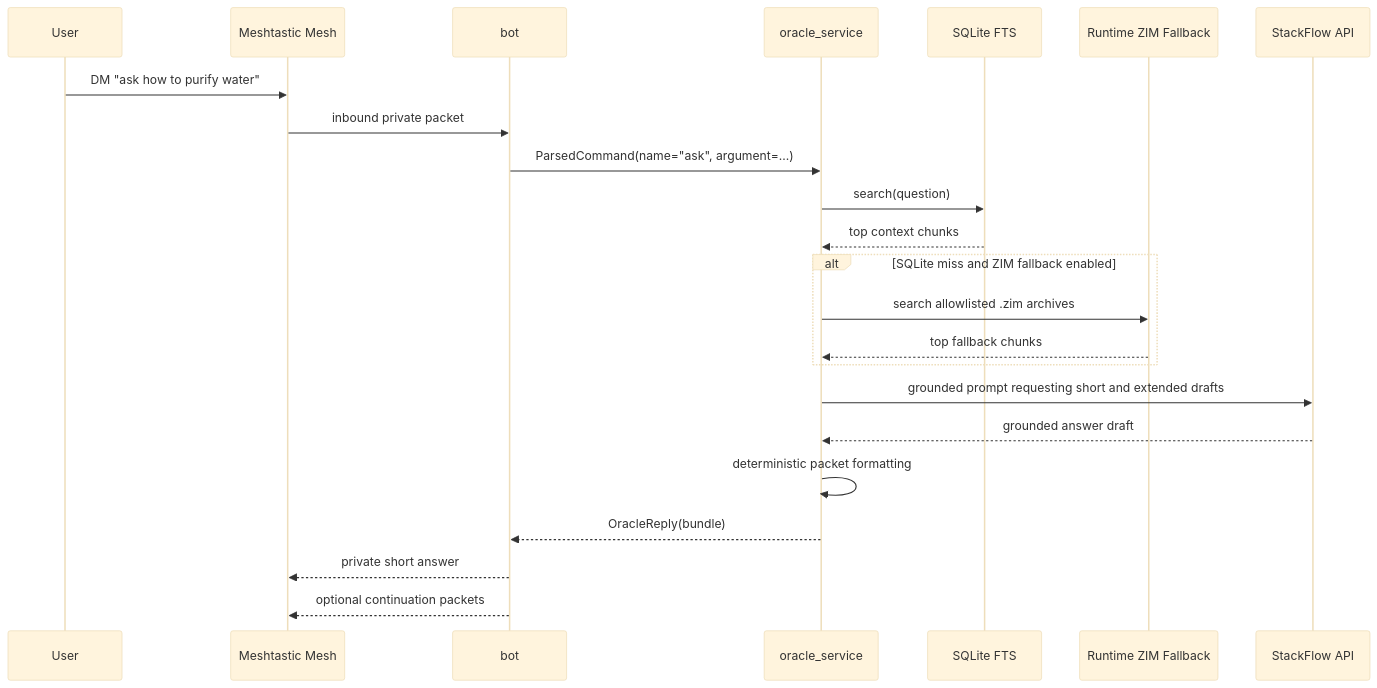
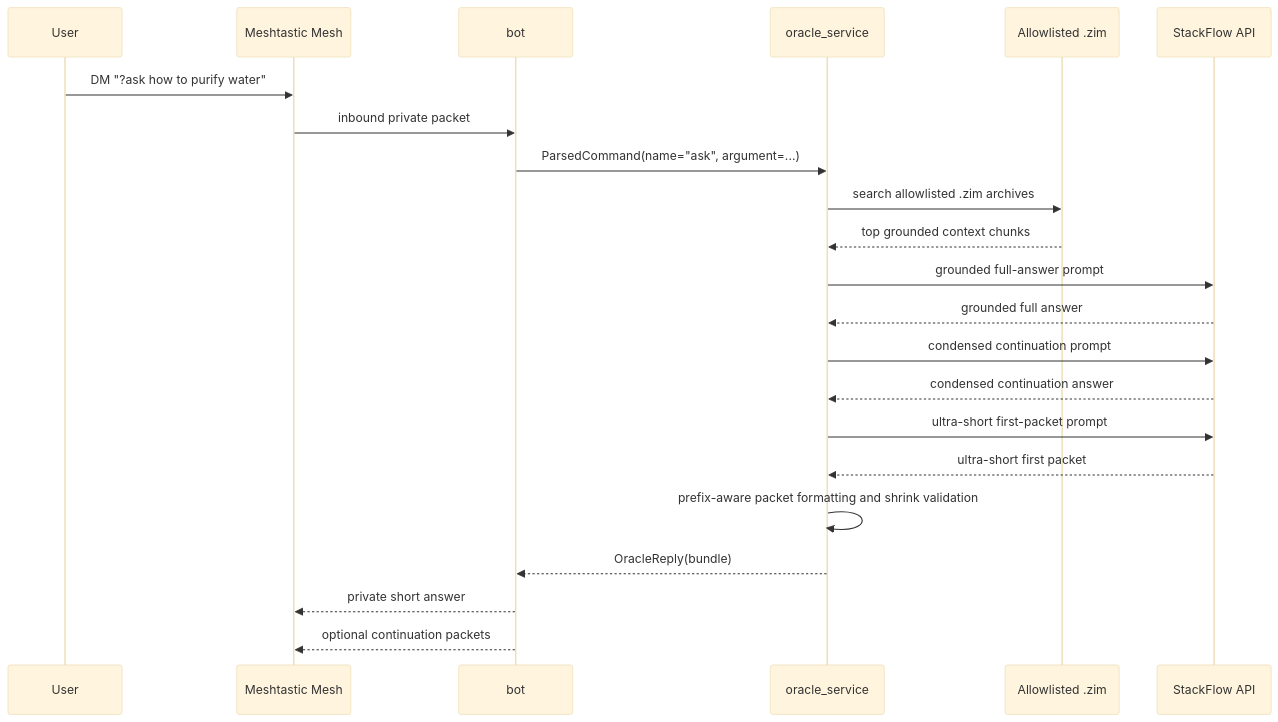
The first of 3 diagrams in docs/architecture/runtime_flows.md (SebastianMalara/delphi-42), drawn with Mermaid (base theme) before and after one commit. The commit also changed other lines of this file and 61 other files, not shown here.

````diff
--- a/docs/architecture/runtime_flows.md
+++ b/docs/architecture/runtime_flows.md
@@ -38,26 +37,25 @@
 ```mermaid
 sequenceDiagram
   participant User
   participant Mesh as Meshtastic Mesh
   participant Bot as bot
   participant Core as oracle_service
-  participant Index as SQLite FTS
-  participant Zim as Runtime ZIM Fallback
+  participant Index as Allowlisted .zim
   participant LLM as StackFlow API
 
-  User->>Mesh: DM "ask how to purify water"
+  User->>Mesh: DM "?ask how to purify water"
   Mesh->>Bot: inbound private packet
   Bot->>Core: ParsedCommand(name="ask", argument=...)
-  Core->>Index: search(question)
-  Index-->>Core: top context chunks
-  alt SQLite miss and ZIM fallback enabled
-    Core->>Zim: search allowlisted .zim archives
-    Zim-->>Core: top fallback chunks
-  end
-  Core->>LLM: grounded prompt requesting short and extended drafts
-  LLM-->>Core: grounded answer draft
-  Core->>Core: deterministic packet formatting
+  Core->>Index: search allowlisted .zim archives
+  Index-->>Core: top grounded context chunks
+  Core->>LLM: grounded full-answer prompt
+  LLM-->>Core: grounded full answer
+  Core->>LLM: condensed continuation prompt
+  LLM-->>Core: condensed continuation answer
+  Core->>LLM: ultra-short first-packet prompt
+  LLM-->>Core: ultra-short first packet
+  Core->>Core: prefix-aware packet formatting and shrink validation
   Core-->>Bot: OracleReply(bundle)
   Bot-->>Mesh: private short answer
   Bot-->>Mesh: optional continuation packets
 ```
````
